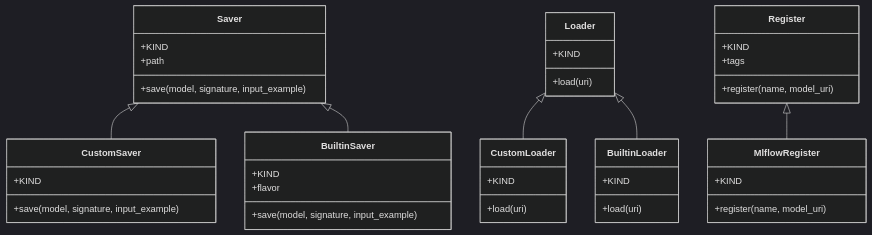
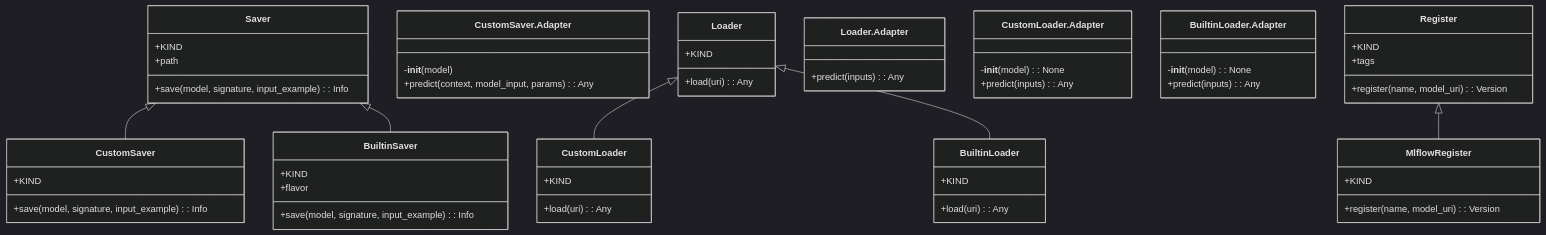
The first of 2 diagrams in wiki/registries.md (lgcorzo/mlops-python-package), drawn with Mermaid (dark theme) before and after one commit. The commit also changed other lines of this file and 31 other files, not shown here.

````diff
--- a/wiki/registries.md
+++ b/wiki/registries.md
@@ -16,43 +16,58 @@
 ```mermaid
 classDiagram
     class Saver {
         +KIND
         +path
-        +save(model, signature, input_example)
+        +save(model, signature, input_example) : Info
+    }
+    class CustomSaver {
+        +KIND
+        +save(model, signature, input_example) : Info
     }
     Saver <|-- CustomSaver
-    class CustomSaver {
-        +KIND
-        +save(model, signature, input_example)
+    class CustomSaver.Adapter {
+        -__init__(model)
+        +predict(context, model_input, params) : Any
     }
-    Saver <|-- BuiltinSaver
     class BuiltinSaver {
         +KIND
         +flavor
-        +save(model, signature, input_example)
+        +save(model, signature, input_example) : Info
     }
+    Saver <|-- BuiltinSaver
     class Loader {
         +KIND
-        +load(uri)
+        +load(uri) : Any
+    }
+    class Loader.Adapter {
+        +predict(inputs) : Any
+    }
+    class CustomLoader {
+        +KIND
+        +load(uri) : Any
     }
     Loader <|-- CustomLoader
-    class CustomLoader {
+    class CustomLoader.Adapter {
+        -__init__(model) : None
+        +predict(inputs) : Any
+    }
+    class BuiltinLoader {
         +KIND
-        +load(uri)
+        +load(uri) : Any
     }
     Loader <|-- BuiltinLoader
-    class BuiltinLoader {
-        +KIND
-        +load(uri)
+    class BuiltinLoader.Adapter {
+        -__init__(model) : None
+        +predict(inputs) : Any
     }
     class Register {
         +KIND
         +tags
-        +register(name, model_uri)
+        +register(name, model_uri) : Version
+    }
+    class MlflowRegister {
+        +KIND
+        +register(name, model_uri) : Version
     }
     Register <|-- MlflowRegister
-    class MlflowRegister {
-        +KIND
-        +register(name, model_uri)
-    }
 ```
````
